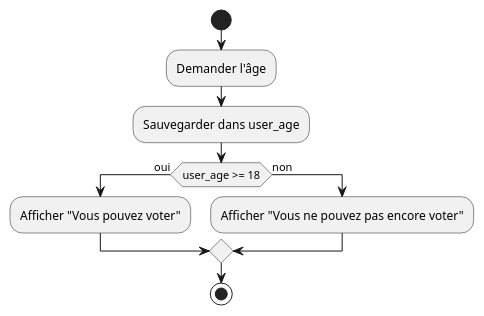
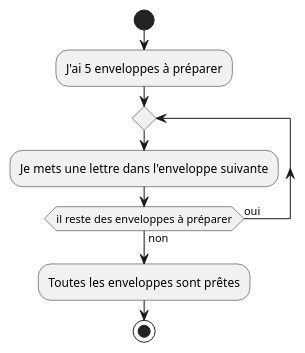
Before and after one commit to HEIG-VD-Prog-Course/HEIG-VD-ProgIM-Course: the fifth of 7 diagrams in 03.01-iteration/01-supports-de-cours/PRESENTATION.md, drawn with PlantUML. The commit also changed other lines of this file, not shown here.

Commit message:
Refactor presentation content to focus on iteration concepts; remove objectives section and enhance UML examples for clarity

````diff
--- a/03.01-iteration/01-supports-de-cours/PRESENTATION.md
+++ b/03.01-iteration/01-supports-de-cours/PRESENTATION.md
@@ -251,13 +249,11 @@
 ```plantuml
 @startuml
 start
-:Demander l'âge;
-:Sauvegarder dans user_age;
-if (user_age >= 18) then (oui)
-    :Afficher "Vous pouvez voter";
-else (non)
-    :Afficher "Vous ne pouvez pas encore voter";
-endif
+:J'ai 5 enveloppes à préparer;
+repeat
+  :Je mets une lettre dans l'enveloppe suivante;
+repeat while (il reste des enveloppes à préparer) is (oui) not (non)
+:Toutes les enveloppes sont prêtes;
 stop
 @enduml
 ```
````
